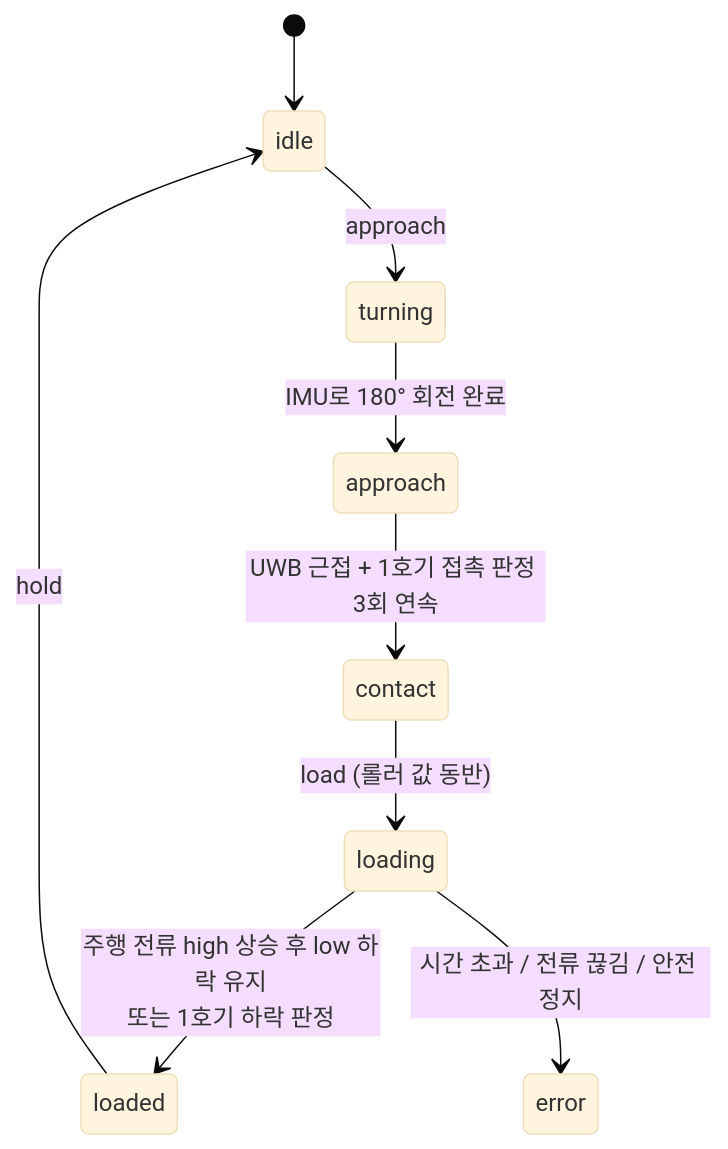
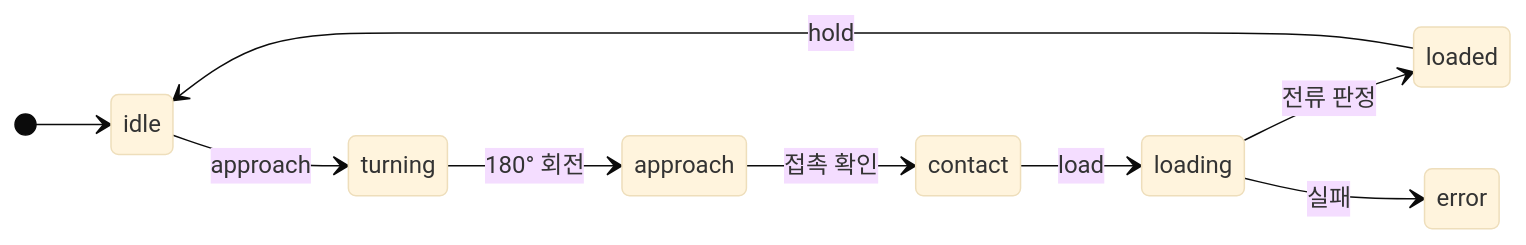
Before and after one commit to Dongho-Kang-korea/KIro_review_Pi: the second of 3 diagrams in README.md, drawn with Mermaid (base theme). The commit also changed other lines of this file, not shown here.

````diff
--- a/README.md
+++ b/README.md
@@ -266,11 +266,12 @@
 ```mermaid
 stateDiagram-v2
+    direction LR
     [*] --> idle
     idle --> turning: approach
-    turning --> approach: IMU로 180° 회전 완료
-    approach --> contact: UWB 근접 + 1호기 접촉 판정 3회 연속
-    contact --> loading: load (롤러 값 동반)
-    loading --> loaded: 주행 전류 high 상승 후 low 하락 유지<br/>또는 1호기 하락 판정
-    loading --> error: 시간 초과 / 전류 끊김 / 안전 정지
+    turning --> approach: 180° 회전
+    approach --> contact: 접촉 확인
+    contact --> loading: load
+    loading --> loaded: 전류 판정
+    loading --> error: 실패
     loaded --> idle: hold
 ```
````
